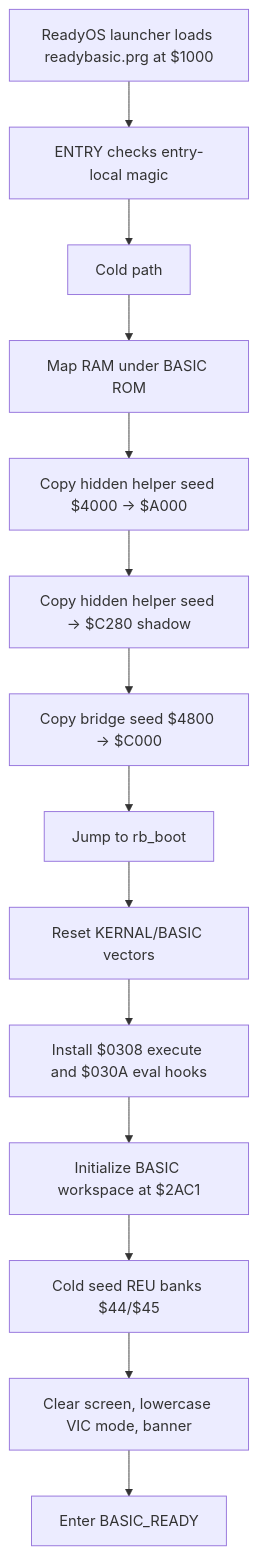
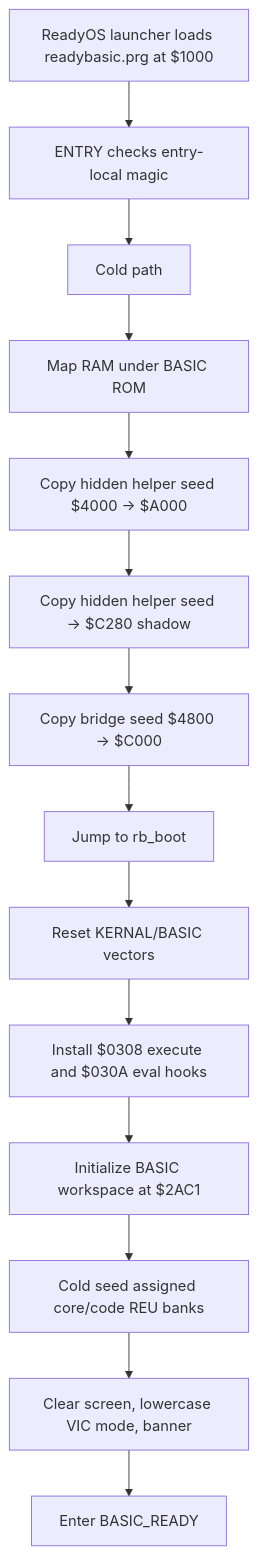
One commit to 123Onetwothree123/6502 changed the fourth of 8 diagrams in src/apps/readybasic/READYBASIC_LIFECYCLE_AND_REU_ARCHITECTURE.md. Above: the diagram before and after it, drawn with Mermaid. The commit also changed other lines of this file and 19 other files, not shown here.

````diff
--- a/src/apps/readybasic/READYBASIC_LIFECYCLE_AND_REU_ARCHITECTURE.md
+++ b/src/apps/readybasic/READYBASIC_LIFECYCLE_AND_REU_ARCHITECTURE.md
@@ -367,19 +369,19 @@
 ```mermaid
 flowchart TD
   L["ReadyOS launcher loads readybasic.prg at $1000"]
   E["ENTRY checks entry-local magic"]
   C["Cold path"]
   H1["Map RAM under BASIC ROM"]
   H2["Copy hidden helper seed $4000 -> $A000"]
   H3["Copy hidden helper seed -> $C280 shadow"]
   B1["Copy bridge seed $4800 -> $C000"]
   RB["Jump to rb_boot"]
   V["Reset KERNAL/BASIC vectors"]
   I["Install $0308 execute and $030A eval hooks"]
   W["Initialize BASIC workspace at $2AC1"]
-  S["Cold seed REU banks $44/$45"]
+  S["Cold seed assigned core/code REU banks"]
   P["Clear screen, lowercase VIC mode, banner"]
   R["Enter BASIC_READY"]
 
   L --> E --> C --> H1 --> H2 --> H3 --> B1 --> RB --> V --> I --> W --> S --> P --> R
 ```
````
